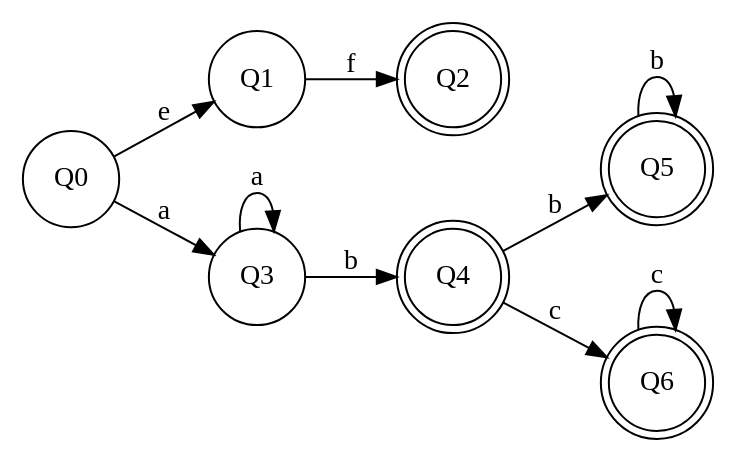
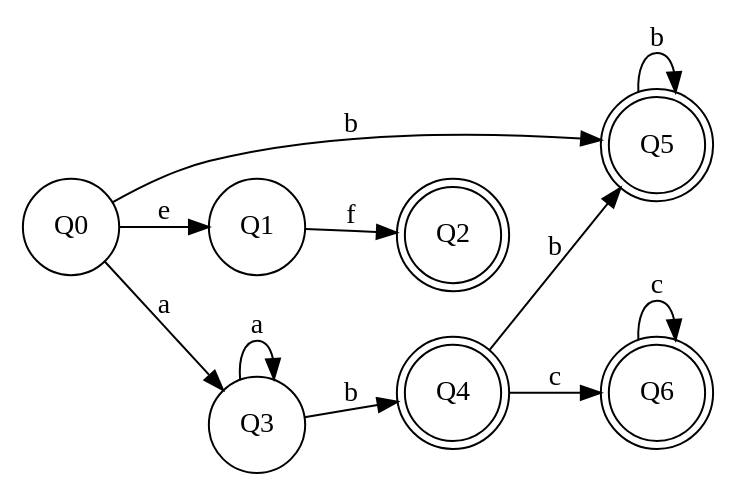
The diagram in dot_dfa_examples/COMP_HW1.gv (miguelruimarques93/AutoAnalyze), drawn with Graphviz before and after one commit. The commit also changed 13 other files, not shown here.

```diff
--- a/dot_dfa_examples/COMP_HW1.gv
+++ b/dot_dfa_examples/COMP_HW1.gv
@@ -1,15 +1,16 @@
 digraph Comp_HW1 {
 	rankdir=LR;
 	initialstate=Q0;
 	node [shape = doublecircle]; Q2 Q4 Q5 Q6;
 	node [shape = circle];
 	Q0 -> Q1 [ label = e ];
 	Q0 -> Q3 [ label = a ];
+	Q0 -> Q5 [ label = b ];
 	Q1 -> Q2 [ label = f ];
 	Q3 -> Q3 [ label = a ];
 	Q3 -> Q4 [ label = b ];
 	Q4 -> Q5 [ label = b ];
 	Q4 -> Q6 [ label = c ];
 	Q5 -> Q5 [ label = b ];
 	Q6 -> Q6 [ label = c ];
 }
```
